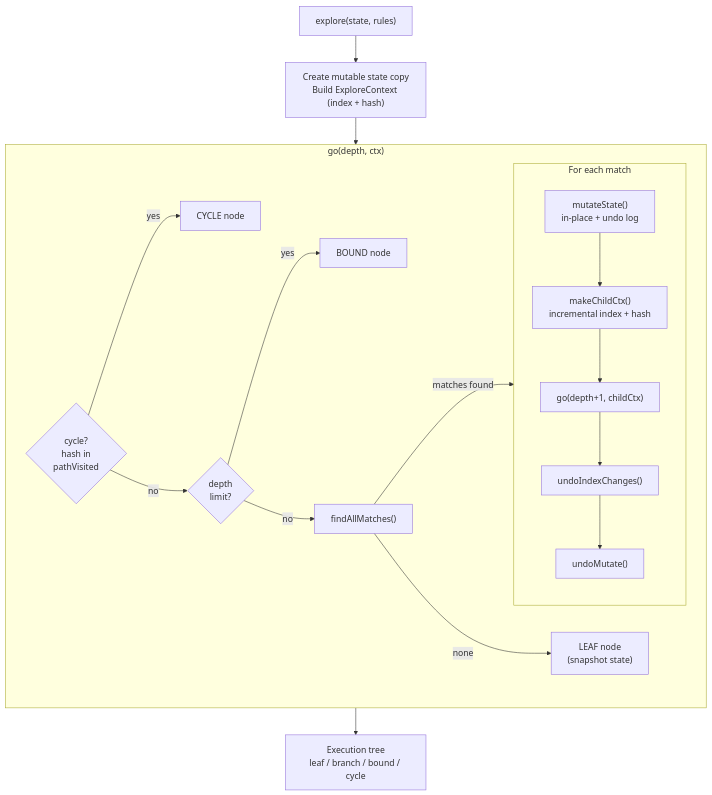
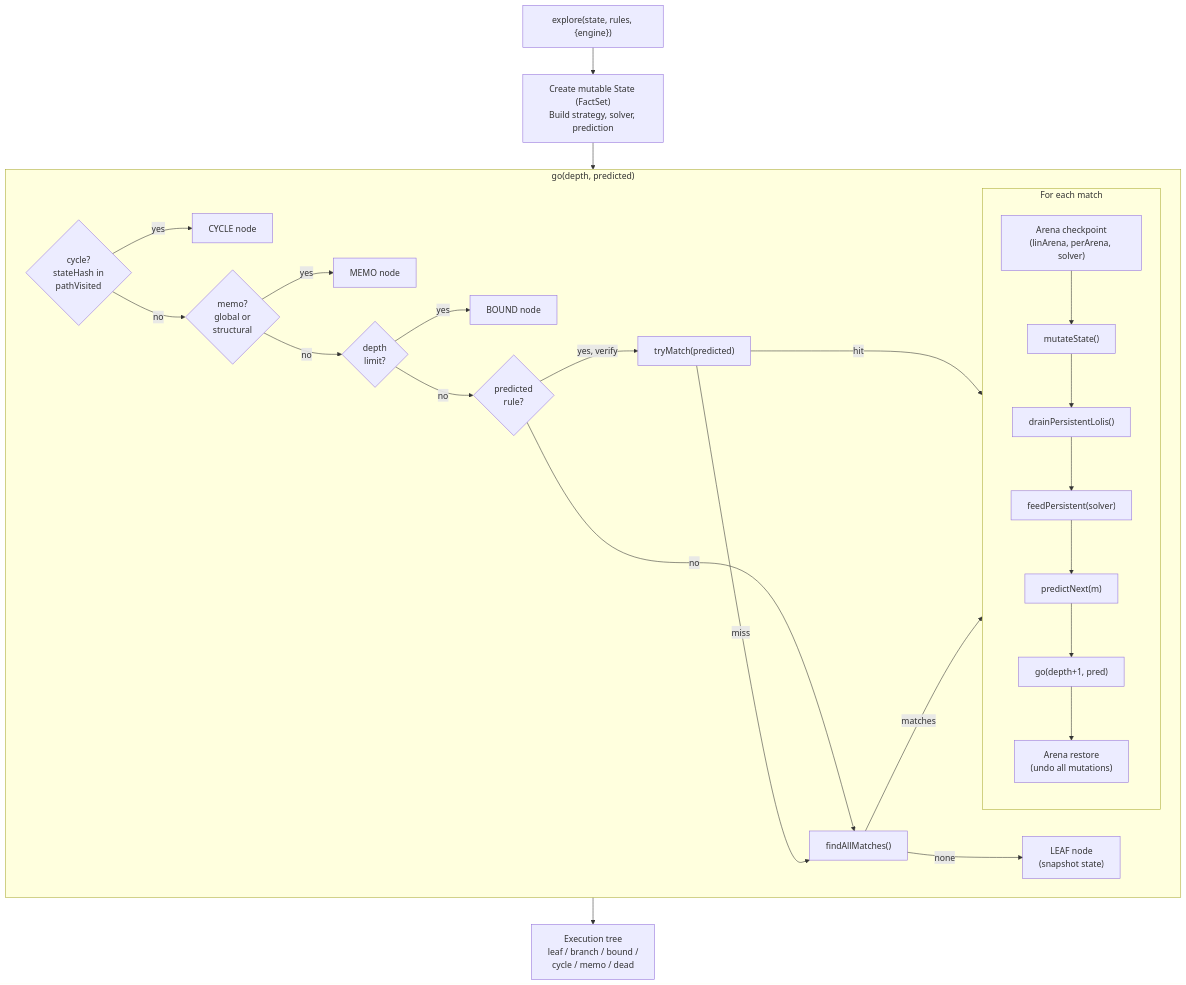
Before and after one commit to mhhf/calc: the sixth of 7 diagrams in doc/documentation/forward-chaining-engine.md, drawn with Mermaid. The commit also changed other lines of this file and 3 other files, not shown here.

First line of the commit message:
docs: add optimization-architecture.md, update engine docs for opt/ extraction

````diff
--- a/doc/documentation/forward-chaining-engine.md
+++ b/doc/documentation/forward-chaining-engine.md
@@ -210,26 +237,34 @@
 ```mermaid
 flowchart TB
-    START["explore(state, rules)"] --> INIT["Create mutable state copy<br/>Build ExploreContext (index + hash)"]
+    START["explore(state, rules, {engine})"] --> INIT["Create mutable State (FactSet)<br/>Build strategy, solver, prediction"]
     INIT --> DFS
 
-    subgraph DFS["go(depth, ctx)"]
-        CYCLE{"cycle?<br/>hash in<br/>pathVisited"} --> |"yes"| CYCLENODE["CYCLE node"]
-        CYCLE --> |"no"| DEPTH{"depth<br/>limit?"}
+    subgraph DFS["go(depth, predicted)"]
+        CYCLE{"cycle?<br/>stateHash in<br/>pathVisited"} --> |"yes"| CYCLENODE["CYCLE node"]
+        CYCLE --> |"no"| MEMO{"memo?<br/>global or<br/>structural"}
+        MEMO --> |"yes"| MEMONODE["MEMO node"]
+        MEMO --> |"no"| DEPTH{"depth<br/>limit?"}
         DEPTH --> |"yes"| BOUNDNODE["BOUND node"]
-        DEPTH --> |"no"| FIND["findAllMatches()"]
+        DEPTH --> |"no"| PRED{"predicted<br/>rule?"}
+        PRED --> |"yes, verify"| TRYMATCH["tryMatch(predicted)"]
+        PRED --> |"no"| FIND["findAllMatches()"]
+        TRYMATCH --> |"hit"| FOREACH
+        TRYMATCH --> |"miss"| FIND
         FIND --> |"none"| LEAF["LEAF node<br/>(snapshot state)"]
-        FIND --> |"matches found"| FOREACH
+        FIND --> |"matches"| FOREACH
 
         subgraph FOREACH["For each match"]
-            MUTATE["mutateState()<br/>in-place + undo log"]
-            CHILD_CTX["makeChildCtx()<br/>incremental index + hash"]
-            RECURSE["go(depth+1, childCtx)"]
-            UNDO_IDX["undoIndexChanges()"]
-            UNDO_STATE["undoMutate()"]
+            CHECKPOINT["Arena checkpoint<br/>(linArena, perArena, solver)"]
+            MUTATE["mutateState()"]
+            DRAIN["drainPersistentLolis()"]
+            FEED["feedPersistent(solver)"]
+            PREDICT["predictNext(m)"]
+            RECURSE["go(depth+1, pred)"]
+            UNDO["Arena restore<br/>(undo all mutations)"]
 
-            MUTATE --> CHILD_CTX --> RECURSE --> UNDO_IDX --> UNDO_STATE
+            CHECKPOINT --> MUTATE --> DRAIN --> FEED --> PREDICT --> RECURSE --> UNDO
         end
     end
 
-    DFS --> TREE["Execution tree<br/>leaf / branch / bound / cycle"]
+    DFS --> TREE["Execution tree<br/>leaf / branch / bound /<br/>cycle / memo / dead"]
 ```
````
